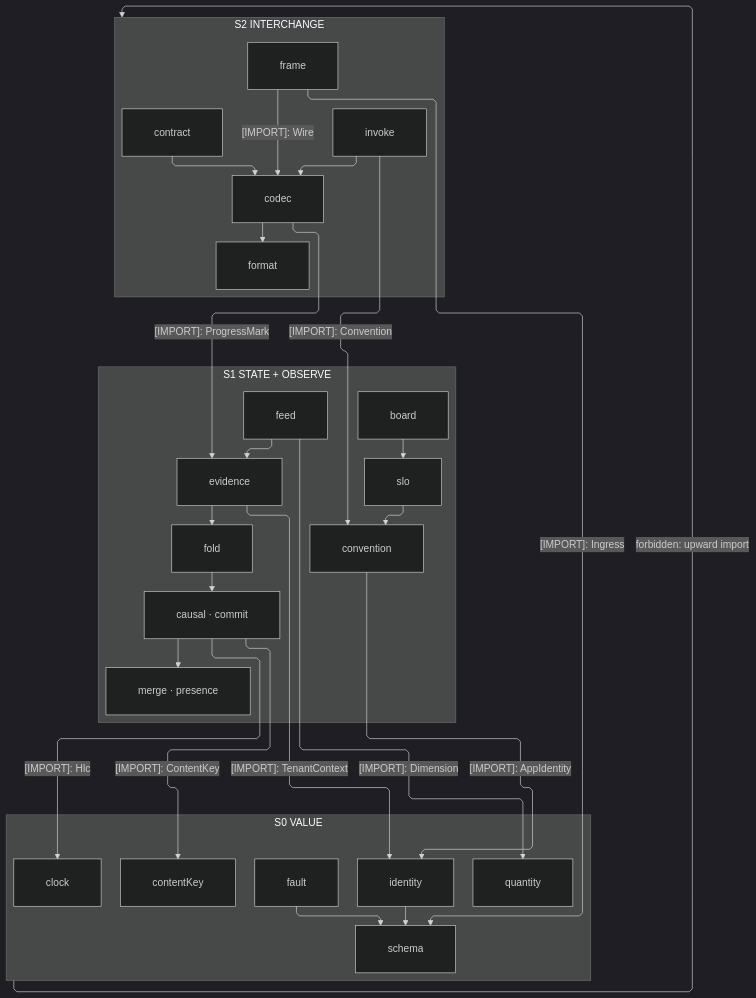
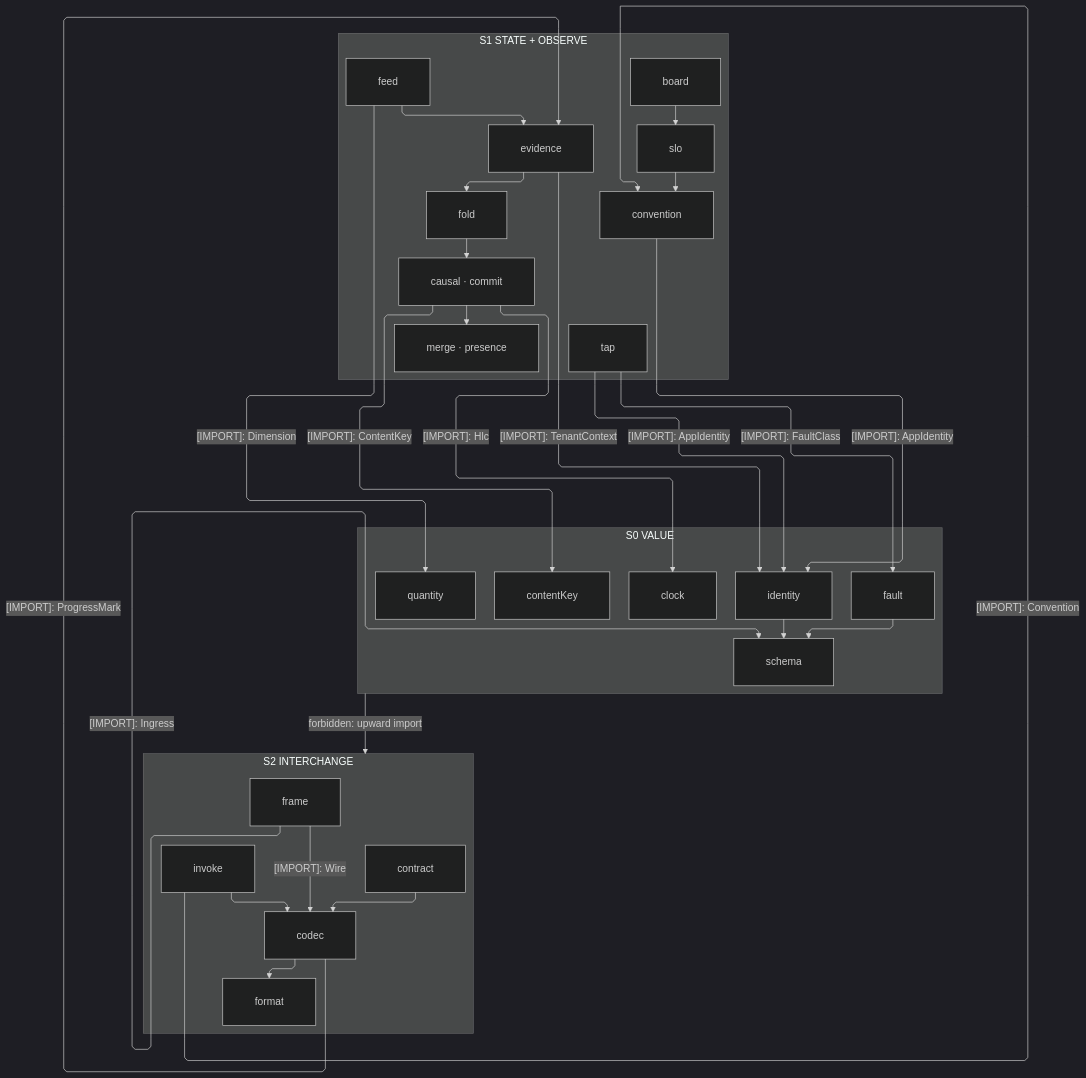
One commit to bsamiee/Rasm changed the first of 3 diagrams in libs/typescript/core/ARCHITECTURE.md. Above: the diagram before and after it, drawn with Mermaid (dark theme). The commit also changed other lines of this file and 195 other files, not shown here.

````diff
--- a/libs/typescript/core/ARCHITECTURE.md
+++ b/libs/typescript/core/ARCHITECTURE.md
@@ -45,59 +46,62 @@
 ```mermaid
 ---
 config:
   layout: elk
   flowchart:
     curve: linear
     padding: 25
 ---
 flowchart TB
     accTitle: Core interior import strata
     accDescr: Three interior waves — interchange over the state and observe peer wave onto the value floor — every import downward or floor-interior, labeled edges naming one sourced type each, and one forbidden upward edge styled red.
     subgraph S2["S2 INTERCHANGE"]
         Invoke[invoke]
         Contract[contract]
         Codec[codec]
         Format[format]
         Frame[frame]
     end
     subgraph S1["S1 STATE + OBSERVE"]
+        Tap[tap]
         Board[board]
         Slo[slo]
         Convention[convention]
         Feed[feed]
         Evidence[evidence]
         Fold[fold]
         Causal["causal · commit"]
         Merge["merge · presence"]
     end
     subgraph S0["S0 VALUE"]
         Identity[identity]
         Quantity[quantity]
         Clock[clock]
         ContentKey[contentKey]
         Schema[schema]
         Fault[fault]
     end
     Codec i1@--> Format
     Frame e1@-->|"[IMPORT]: Wire"| Codec
     Contract i2@--> Codec
     Invoke i3@--> Codec
     Codec e2@-->|"[IMPORT]: ProgressMark"| Evidence
     Invoke e3@-->|"[IMPORT]: Convention"| Convention
     Frame e4@-->|"[IMPORT]: Ingress"| Schema
     Causal e5@-->|"[IMPORT]: Hlc"| Clock
     Causal i4@--> Merge
     Causal e6@-->|"[IMPORT]: ContentKey"| ContentKey
     Fold i5@--> Causal
     Evidence i6@--> Fold
     Evidence e7@-->|"[IMPORT]: TenantContext"| Identity
     Feed i7@--> Evidence
     Feed e8@-->|"[IMPORT]: Dimension"| Quantity
     Slo i8@--> Convention
     Board i9@--> Slo
     Convention e9@-->|"[IMPORT]: AppIdentity"| Identity
+    Tap e10@-->|"[IMPORT]: FaultClass"| Fault
+    Tap e11@-->|"[IMPORT]: AppIdentity"| Identity
     Identity i10@--> Schema
     Fault i11@--> Schema
     Invoke ~~~ Board
     S0 f1@-->|"forbidden: upward import"| S2
 ```
````
